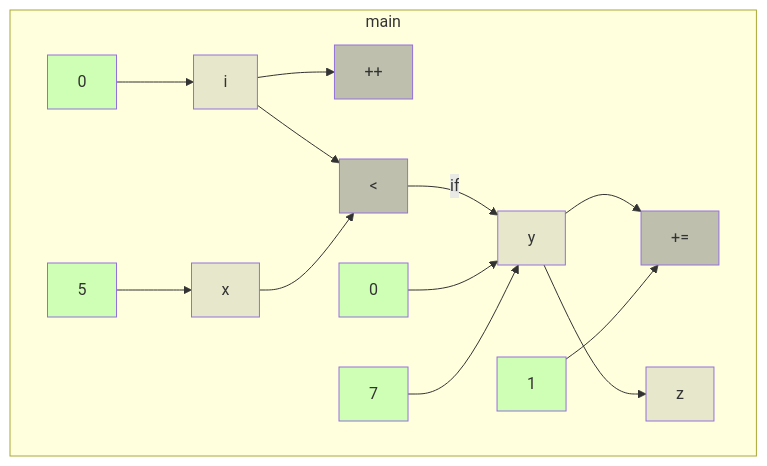
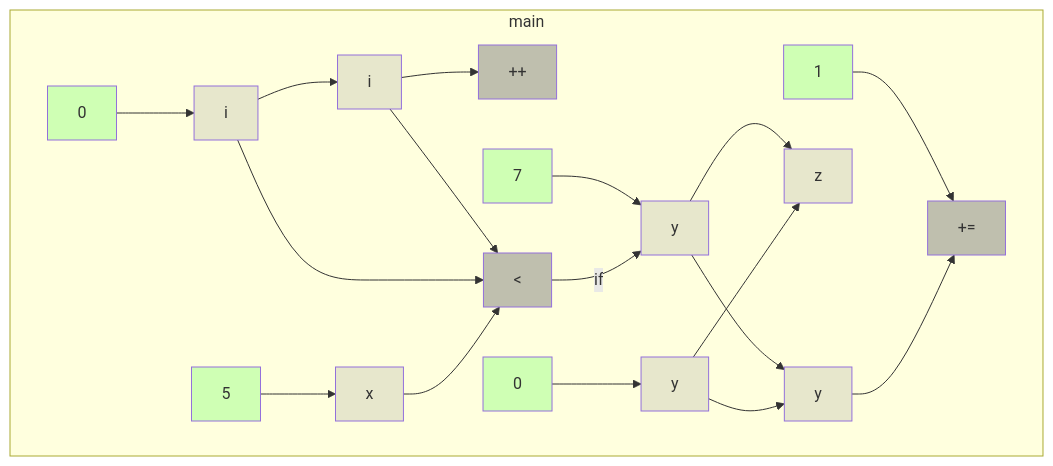
Before and after one commit to gstiebler/codeflow: the diagram in app/src/test/resources/forLoop/spike-truth.md, drawn with Mermaid. The commit also changed 46 other files, not shown here.

````diff
--- a/app/src/test/resources/forLoop/spike-truth.md
+++ b/app/src/test/resources/forLoop/spike-truth.md
@@ -3,35 +3,43 @@
 ```mermaid
 flowchart TD
   subgraph m0["main"]
     n0["++"]:::BIN_OP
     n1["+="]:::BIN_OP
     n2["#lt;"]:::BIN_OP
     n3["0"]:::LITERAL
     n4["0"]:::LITERAL
     n5["1"]:::LITERAL
     n6["5"]:::LITERAL
     n7["7"]:::LITERAL
     n8["i"]:::VARIABLE
-    n9["x"]:::VARIABLE
-    n10["y"]:::VARIABLE
-    n11["z"]:::VARIABLE
+    n9["i"]:::VARIABLE
+    n10["x"]:::VARIABLE
+    n11["y"]:::VARIABLE
+    n12["y"]:::VARIABLE
+    n13["y"]:::VARIABLE
+    n14["z"]:::VARIABLE
   end
-  n10 --> n1
-  n10 --> n11
-  n2 -->|if| n10
-  n3 --> n10
+  n10 --> n2
+  n11 --> n13
+  n11 --> n14
+  n12 --> n13
+  n12 --> n14
+  n13 --> n1
+  n2 -->|if| n12
+  n3 --> n11
   n4 --> n8
   n5 --> n1
-  n6 --> n9
-  n7 --> n10
-  n8 --> n0
+  n6 --> n10
+  n7 --> n12
   n8 --> n2
+  n8 --> n9
+  n9 --> n0
   n9 --> n2
   classDef LITERAL fill:#00FF0030
   classDef VARIABLE fill:#80808030
   classDef BIN_OP fill:#80808080
   classDef FUNC_PARAM fill:#8080FF30
   classDef RETURN fill:#FF808080
   classDef EXTERNAL fill:#FFA50040
   classDef UNMODELLED fill:#FF000030,stroke-dasharray: 4 2
 ```
````
